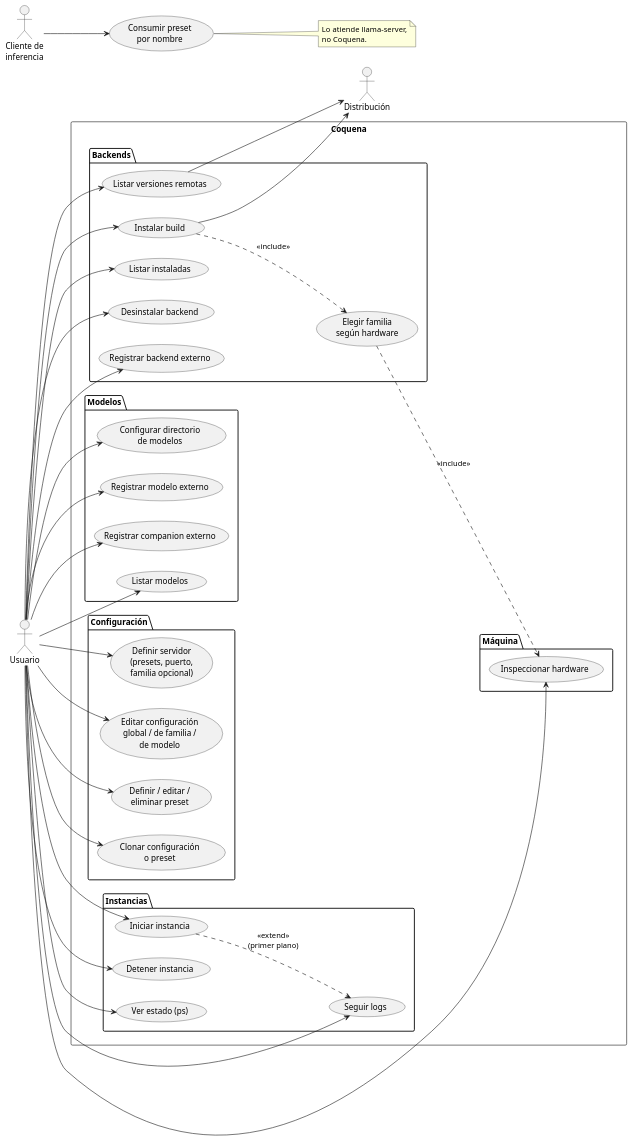
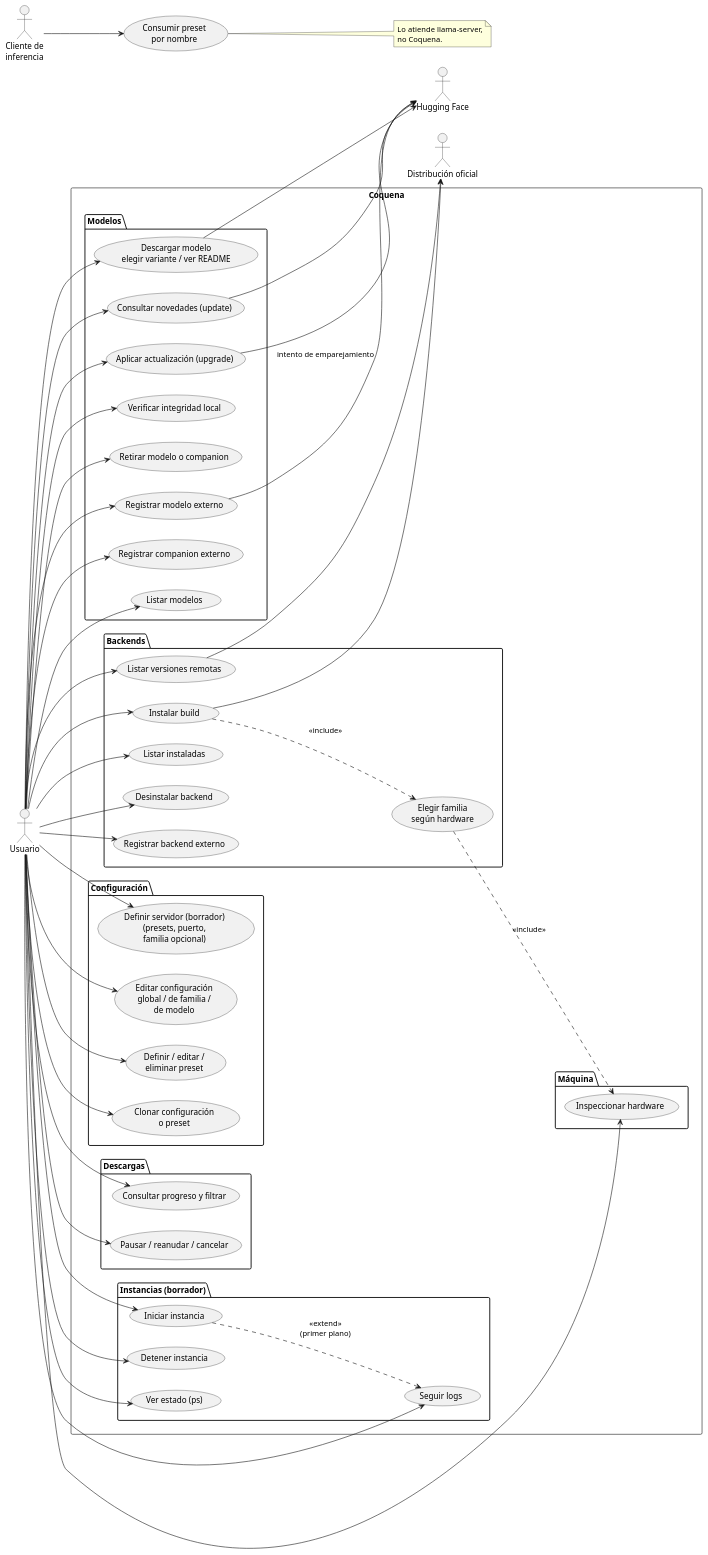
Before and after one commit to mstranich/coquena: the diagram in docs/casos-de-uso.md, drawn with PlantUML. The commit also changed other lines of this file and 11 other files, not shown here.

Commit message:
docs: alinear y simplificar catálogo, descargas y diagramas

```diff
--- a/docs/casos-de-uso.md
+++ b/docs/casos-de-uso.md
@@ -15,7 +15,8 @@
 left to right direction
 actor Usuario
 actor "Cliente de\ninferencia" as Cliente
-actor "Distribución" as GH
+actor "Distribución oficial" as GH
+actor "Hugging Face" as HF
 
 rectangle Coquena {
   package Máquina {
@@ -30,18 +31,26 @@
     usecase "Elegir familia\nsegún hardware" as UC_VAR
   }
   package Modelos {
-    usecase "Configurar directorio\nde modelos" as UC_MD
+    usecase "Descargar modelo\nelegir variante / ver README" as UC_DL
+    usecase "Consultar novedades (update)" as UC_UP
+    usecase "Aplicar actualización (upgrade)" as UC_UG
+    usecase "Verificar integridad local" as UC_V
+    usecase "Retirar modelo o companion" as UC_RM
     usecase "Registrar modelo externo" as UC_MR
     usecase "Registrar companion externo" as UC_CR
     usecase "Listar modelos" as UC_ML
   }
   package Configuración {
-    usecase "Definir servidor\n(presets, puerto,\nfamilia opcional)" as UC_ID
+    usecase "Definir servidor (borrador)\n(presets, puerto,\nfamilia opcional)" as UC_ID
     usecase "Editar configuración\nglobal / de familia /\nde modelo" as UC_IG
     usecase "Definir / editar /\neliminar preset" as UC_PD
     usecase "Clonar configuración\no preset" as UC_PC
   }
-  package Instancias {
+  package "Descargas" {
+    usecase "Consultar progreso y filtrar" as UC_DLIST
+    usecase "Pausar / reanudar / cancelar" as UC_DCTRL
+  }
+  package "Instancias (borrador)" {
     usecase "Iniciar instancia" as UC_IS
     usecase "Detener instancia" as UC_IX
     usecase "Ver estado (ps)" as UC_IP
@@ -55,7 +64,17 @@
 Usuario --> UC_BL
 Usuario --> UC_BD
 Usuario --> UC_BE
-Usuario --> UC_MD
+Usuario --> UC_DL
+Usuario --> UC_UP
+Usuario --> UC_UG
+Usuario --> UC_V
+Usuario --> UC_RM
+Usuario --> UC_DLIST
+Usuario --> UC_DCTRL
+UC_DL --> HF
+UC_UP --> HF
+UC_UG --> HF
+UC_MR --> HF : intento de emparejamiento
 Usuario --> UC_MR
 Usuario --> UC_CR
 Usuario --> UC_ML
```
